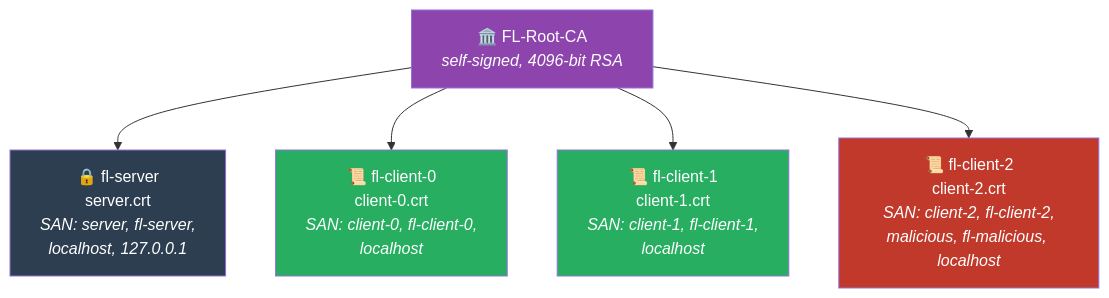
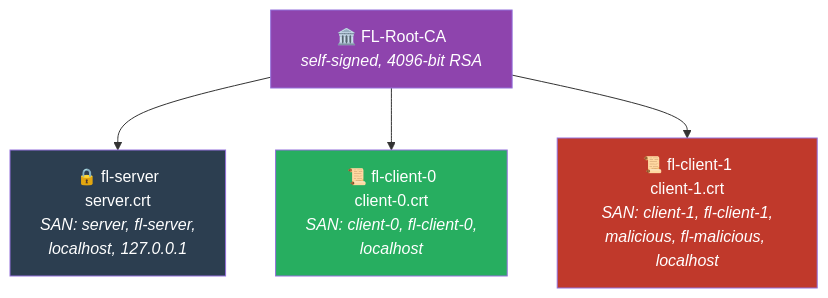
One commit to Zocke07/ZT-Pipeline changed the seventh of 11 diagrams in ARCHITECTURE.md. Above: the diagram before and after it, drawn with Mermaid. The commit also changed other lines of this file and 17 other files, not shown here.

````diff
--- a/ARCHITECTURE.md
+++ b/ARCHITECTURE.md
@@ -451,14 +462,12 @@
 ```mermaid
 graph TD
     CA["🏛️ FL-Root-CA<br/><i>self-signed, 4096-bit RSA</i>"]
     CA --> SRV["🔒 fl-server<br/>server.crt<br/><i>SAN: server, fl-server,<br/>localhost, 127.0.0.1</i>"]
     CA --> C0["📜 fl-client-0<br/>client-0.crt<br/><i>SAN: client-0, fl-client-0,<br/>localhost</i>"]
-    CA --> C1["📜 fl-client-1<br/>client-1.crt<br/><i>SAN: client-1, fl-client-1,<br/>localhost</i>"]
-    CA --> C2["📜 fl-client-2<br/>client-2.crt<br/><i>SAN: client-2, fl-client-2,<br/>malicious, fl-malicious, localhost</i>"]
+    CA --> C1["📜 fl-client-1<br/>client-1.crt<br/><i>SAN: client-1, fl-client-1,<br/>malicious, fl-malicious, localhost</i>"]
 
     style CA fill:#8e44ad,color:#fff
     style SRV fill:#2c3e50,color:#fff
     style C0 fill:#27ae60,color:#fff
-    style C1 fill:#27ae60,color:#fff
-    style C2 fill:#c0392b,color:#fff
+    style C1 fill:#c0392b,color:#fff
 ```
````
